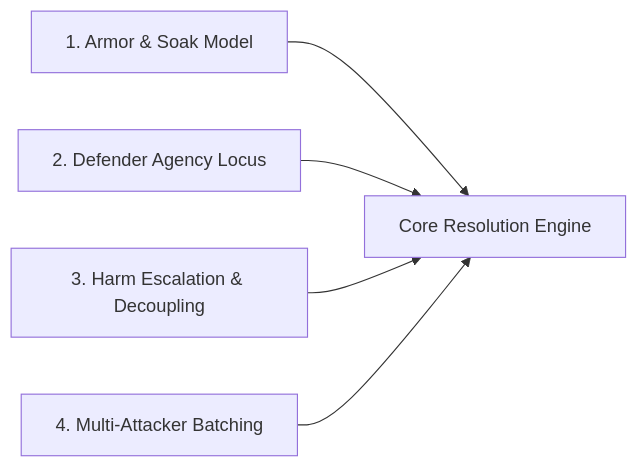
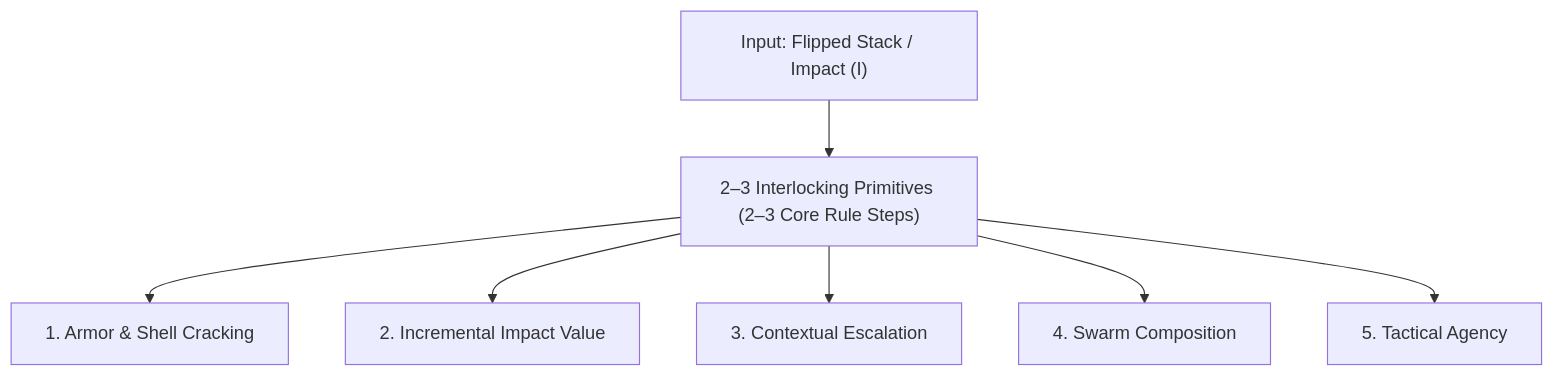
The diagram in design/iteration/resolution/open-design-space.md (tdimiduk/cardpg), drawn with Mermaid before and after one commit. The commit also changed other lines of this file and 2 other files, not shown here.

Commit message:
update resolution design space document

````diff
--- a/design/iteration/resolution/open-design-space.md
+++ b/design/iteration/resolution/open-design-space.md
@@ -27,7 +48,9 @@
 ```mermaid
-flowchart LR
-    A["1. Armor & Soak Model"] --> E["Core Resolution Engine"]
-    B["2. Defender Agency Locus"] --> E
-    C["3. Harm Escalation & Decoupling"] --> E
-    D["4. Multi-Attacker Batching"] --> E
+flowchart TD
+    I["Input: Flipped Stack / Impact (I)"] --> P["2–3 Interlocking Primitives (2–3 Core Rule Steps)"]
+    P --> J1["1. Armor & Shell Cracking"]
+    P --> J2["2. Incremental Impact Value"]
+    P --> J3["3. Contextual Escalation"]
+    P --> J4["4. Swarm Composition"]
+    P --> J5["5. Tactical Agency"]
 ```
````
